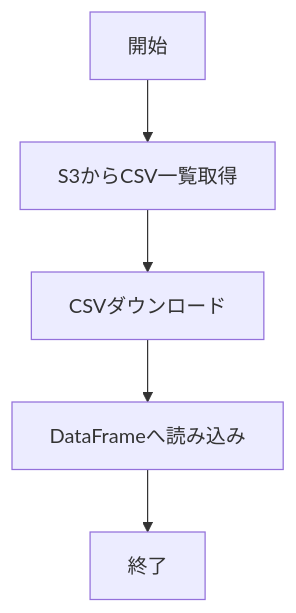
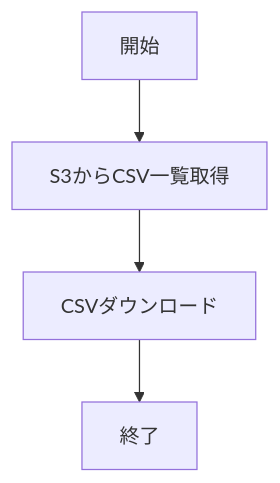
The second of 4 diagrams in BD_DD.md (tk826/OpenHands-Test), drawn with Mermaid before and after one commit. The commit also changed other lines of this file, not shown here.

````diff
--- a/BD_DD.md
+++ b/BD_DD.md
@@ -34,7 +26,6 @@
 ```mermaid
 graph TD;
     A[開始] --> B[S3からCSV一覧取得]
     B --> C[CSVダウンロード]
-    C --> D[DataFrameへ読み込み]
-    D --> E[終了]
+    C --> E[終了]
 ```
````
